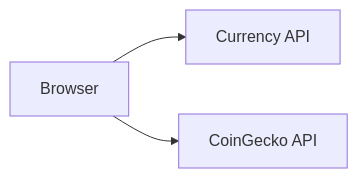
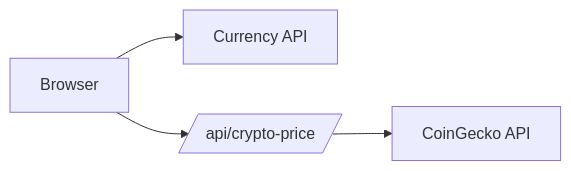
One commit to puri-adityakumar/astraa changed the diagram in docs/API.md. Above: the diagram before and after it, drawn with Mermaid. The commit also changed other lines of this file and 8 other files, not shown here.

First line of the commit message:
fix(currency): serve crypto prices from a server route (#120)

````diff
--- a/docs/API.md
+++ b/docs/API.md
@@ -18,9 +18,11 @@
 ```mermaid
 graph LR
     Client[Browser]
     Currency[Currency API]
     Crypto[CoinGecko API]
+    CryptoRoute[/api/crypto-price/]
 
     Client --> Currency
-    Client --> Crypto
+    Client --> CryptoRoute
+    CryptoRoute --> Crypto
 ```
````
